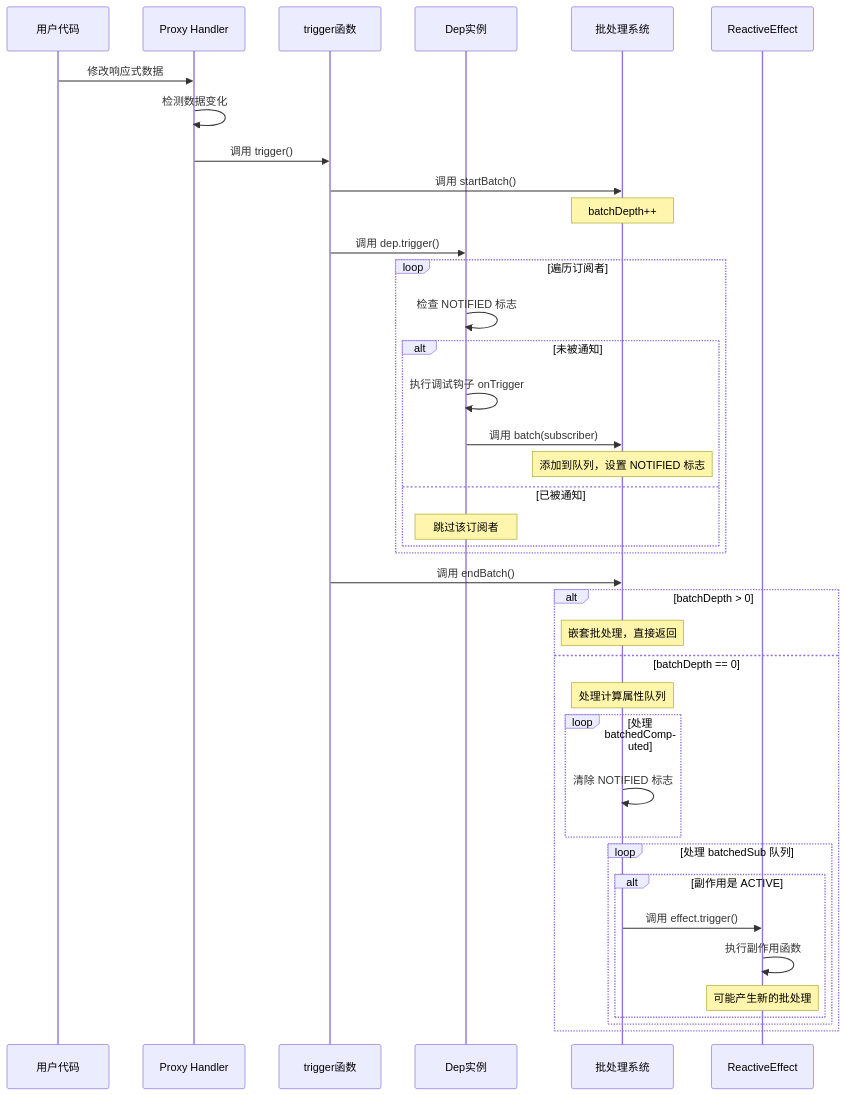
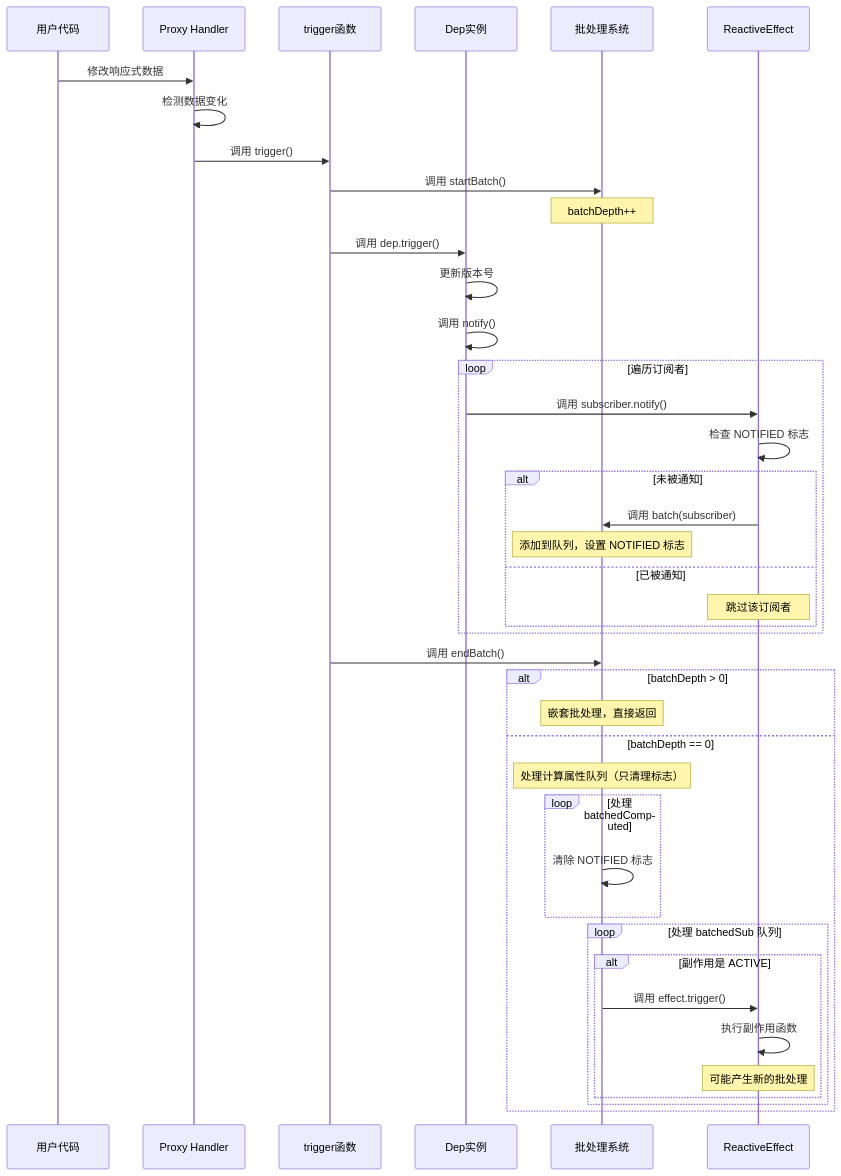
Before and after one commit to JZH189/vue3: the fifth of 5 diagrams in analysis/Vue3响应式系统批处理执行流程详解.md, drawn with Mermaid. The commit also changed other lines of this file, not shown here.

````diff
--- a/analysis/Vue3响应式系统批处理执行流程详解.md
+++ b/analysis/Vue3响应式系统批处理执行流程详解.md
@@ -266,48 +403,50 @@
 ```mermaid
 sequenceDiagram
     participant User as 用户代码
     participant Proxy as Proxy Handler
     participant Trigger as trigger函数
     participant Dep as Dep实例
     participant Batch as 批处理系统
     participant Effect as ReactiveEffect
 
     User->>Proxy: 修改响应式数据
     Proxy->>Proxy: 检测数据变化
     Proxy->>Trigger: 调用 trigger()
 
     Trigger->>Batch: 调用 startBatch()
     Note over Batch: batchDepth++
 
     Trigger->>Dep: 调用 dep.trigger()
+    Dep->>Dep: 更新版本号
+    Dep->>Dep: 调用 notify()
 
     loop 遍历订阅者
-        Dep->>Dep: 检查 NOTIFIED 标志
+        Dep->>Effect: 调用 subscriber.notify()
+        Effect->>Effect: 检查 NOTIFIED 标志
         alt 未被通知
-            Dep->>Dep: 执行调试钩子 onTrigger
-            Dep->>Batch: 调用 batch(subscriber)
+            Effect->>Batch: 调用 batch(subscriber)
             Note over Batch: 添加到队列，设置 NOTIFIED 标志
         else 已被通知
-            Note over Dep: 跳过该订阅者
+            Note over Effect: 跳过该订阅者
         end
     end
 
     Trigger->>Batch: 调用 endBatch()
 
     alt batchDepth > 0
         Note over Batch: 嵌套批处理，直接返回
     else batchDepth == 0
-        Note over Batch: 处理计算属性队列
+        Note over Batch: 处理计算属性队列（只清理标志）
         loop 处理 batchedComputed
             Batch->>Batch: 清除 NOTIFIED 标志
         end
 
         loop 处理 batchedSub 队列
             alt 副作用是 ACTIVE
                 Batch->>Effect: 调用 effect.trigger()
                 Effect->>Effect: 执行副作用函数
                 Note over Effect: 可能产生新的批处理
             end
         end
     end
 ```
````
